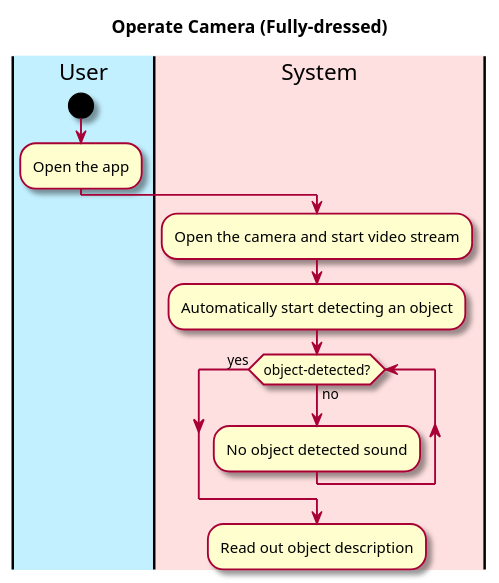
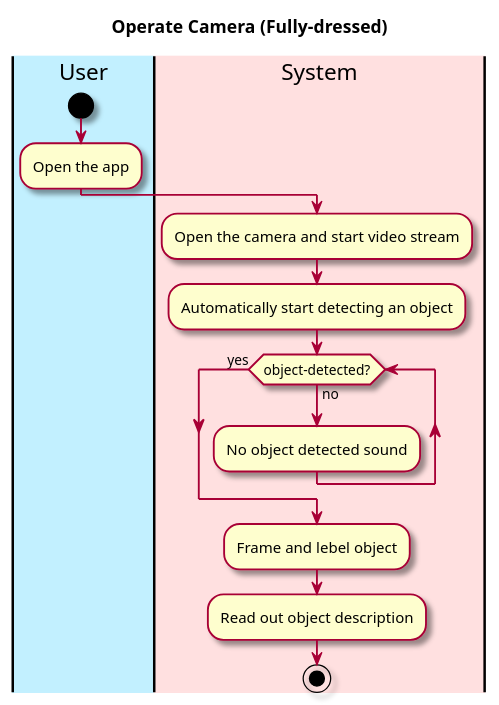
Before and after one commit to tonyh1306/OBRE-Vision-through-a-screen: the diagram in intellij/doc/use-cases/analyze-video.md, drawn with PlantUML. The commit also changed 2 other files, not shown here.

Commit message:
Adds External Dependencies Specs to non-functional specs

````diff
--- a/intellij/doc/use-cases/analyze-video.md
+++ b/intellij/doc/use-cases/analyze-video.md
@@ -30,25 +30,26 @@
 ```plantuml
 @startuml
 
 skin rose
 
 title Operate Camera (Fully-dressed)
 
 'define the lanes
 |#application|User|
 |#implementation|System|
 
 |User|
 start
 :Open the app;
 
 |System|
 :Open the camera and start video stream;
 :Automatically start detecting an object;
 while (object-detected?) is (no)
 :No object detected sound;
 endwhile(yes)
+:Frame and lebel object;
 :Read out object description;
-
+stop
 @enduml
 ```
````
